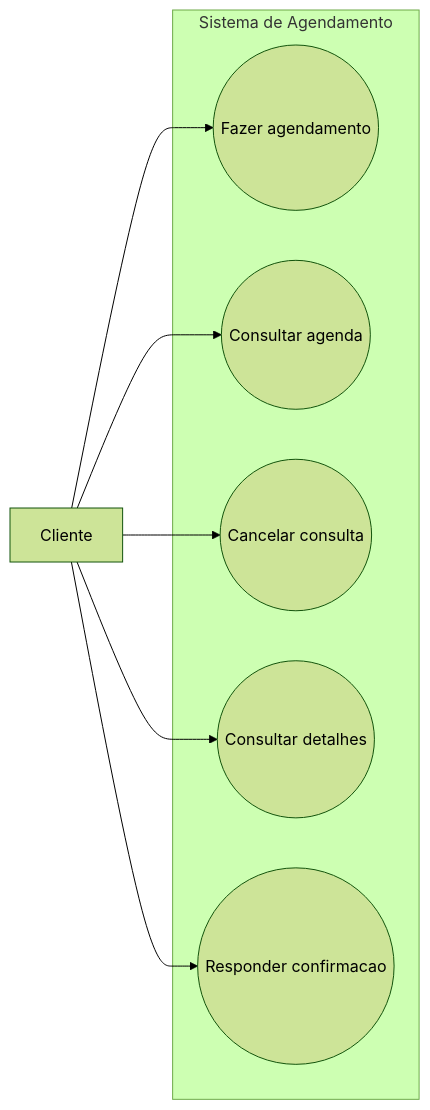
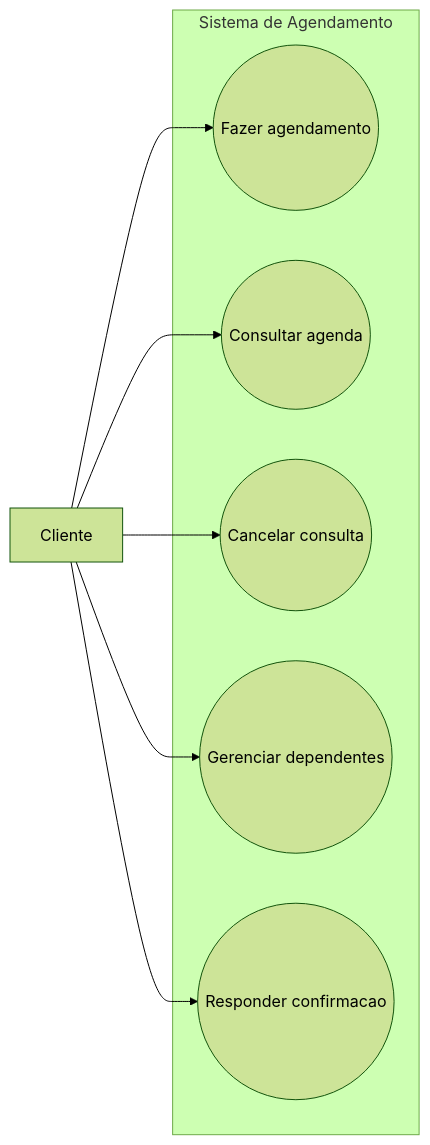
One commit to InsaneCaio/eng-soft-2026-1 changed the diagram in docs/casos de uso/cliente.md. Above: the diagram before and after it, drawn with Mermaid (forest theme). The commit also changed other lines of this file, not shown here.

````diff
--- a/docs/casos de uso/cliente.md
+++ b/docs/casos de uso/cliente.md
@@ -13,19 +13,19 @@
 ```mermaid
 flowchart LR
     P[Cliente]
 
     subgraph Sistema de Agendamento
         UC1((Fazer agendamento))
         UC2((Consultar agenda))
         UC3((Cancelar consulta))
-        UC4((Consultar detalhes))
+        UC4((Gerenciar dependentes))
         UC5((Responder confirmacao))
     end
 
     P --> UC1
     P --> UC2
     P --> UC3
     P --> UC4
     P --> UC5
 
 ```
````
